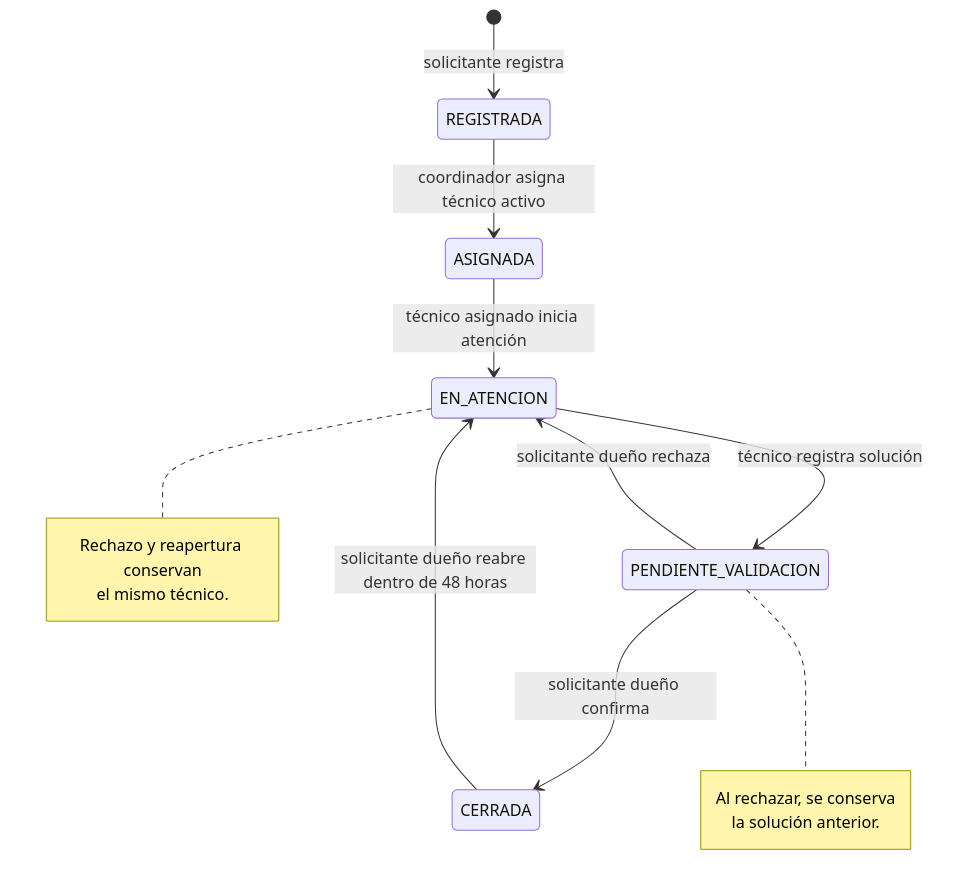
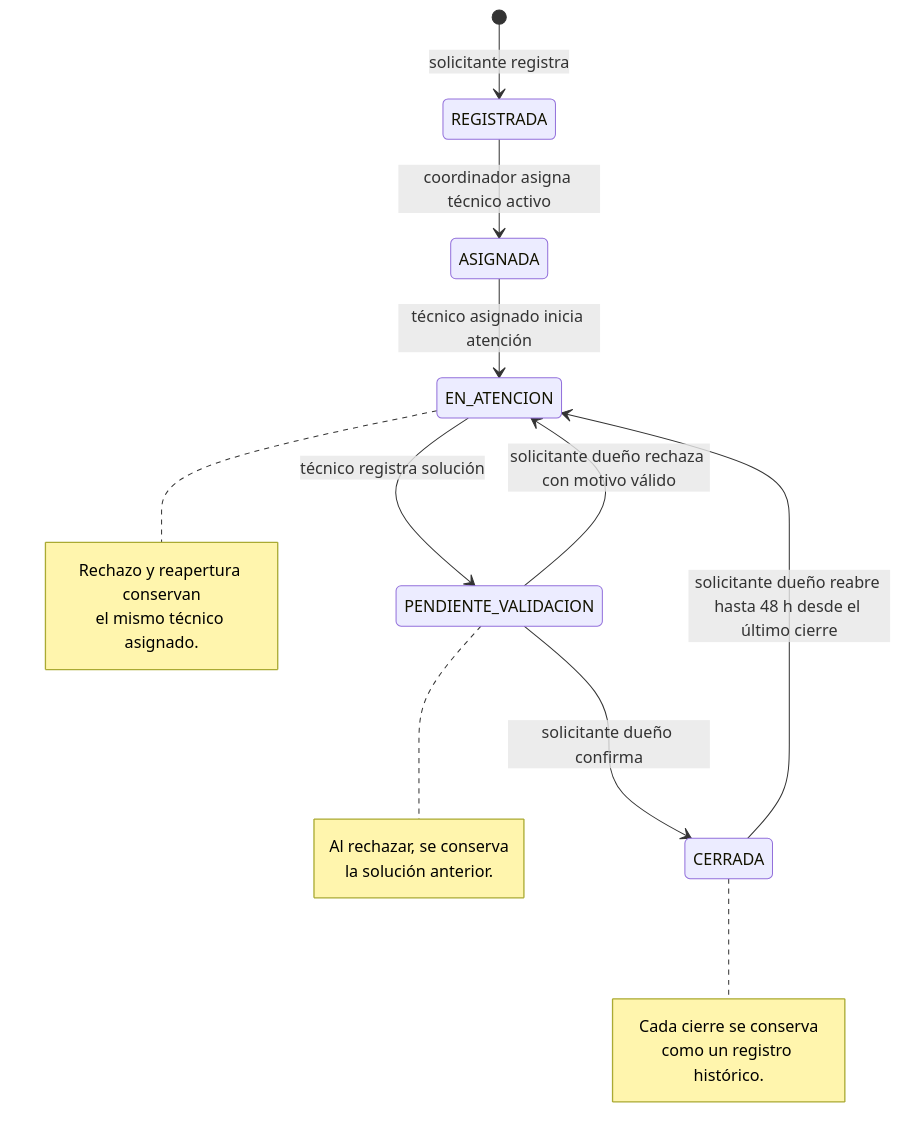
The diagram in docs/diagrama-estados.md (cbalmaooo/reparacampus), drawn with Mermaid before and after one commit. The commit also changed other lines of this file, not shown here.

Commit message:
docs: align docs/diagrama-estados.md with implementation

````diff
--- a/docs/diagrama-estados.md
+++ b/docs/diagrama-estados.md
@@ -5,22 +5,27 @@
 ```mermaid
 stateDiagram-v2
     [*] --> REGISTRADA: solicitante registra
 
     REGISTRADA --> ASIGNADA: coordinador asigna técnico activo
     ASIGNADA --> EN_ATENCION: técnico asignado inicia atención
     EN_ATENCION --> PENDIENTE_VALIDACION: técnico registra solución
 
     PENDIENTE_VALIDACION --> CERRADA: solicitante dueño confirma
-    PENDIENTE_VALIDACION --> EN_ATENCION: solicitante dueño rechaza
-    CERRADA --> EN_ATENCION: solicitante dueño reabre dentro de 48 horas
+    PENDIENTE_VALIDACION --> EN_ATENCION: solicitante dueño rechaza con motivo válido
+    CERRADA --> EN_ATENCION: solicitante dueño reabre hasta 48 h desde el último cierre
 
     note right of PENDIENTE_VALIDACION
         Al rechazar, se conserva
         la solución anterior.
     end note
 
     note right of EN_ATENCION
         Rechazo y reapertura conservan
-        el mismo técnico.
+        el mismo técnico asignado.
+    end note
+
+    note right of CERRADA
+        Cada cierre se conserva
+        como un registro histórico.
     end note
 ```
````
